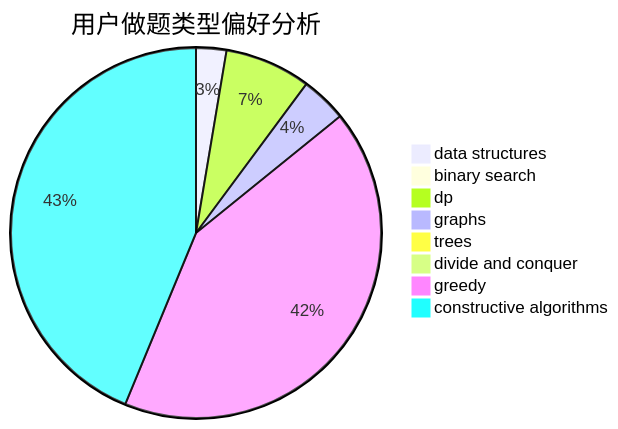
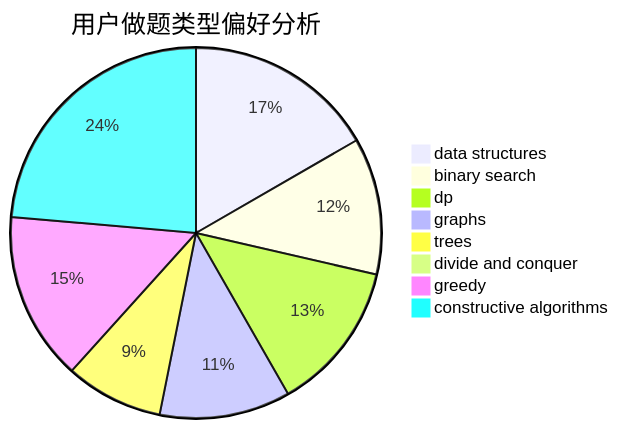
Before and after one commit to sherpahu/cfrs.github.io: the second of 3 diagrams in docs/user/u1652.md, drawn with Mermaid. The commit also changed other lines of this file and 2770 other files, not shown here.

````diff
--- a/docs/user/u1652.md
+++ b/docs/user/u1652.md
@@ -23,11 +23,11 @@
 ```mermaid
 pie title 用户做题类型偏好分析
-    "data structures" :  25
-    "binary search" :  4
-    "dp" :  71
-    "graphs" :  38
-    "trees" :  6
-    "divide and conquer" :  3
-    "greedy" :  398
-    "constructive algorithms" :  414
+    "data structures" :  127
+    "binary search" :  91
+    "dp" :  100
+    "graphs" :  87
+    "trees" :  65
+    "divide and conquer" :  1
+    "greedy" :  112
+    "constructive algorithms" :  180
 ```
````
